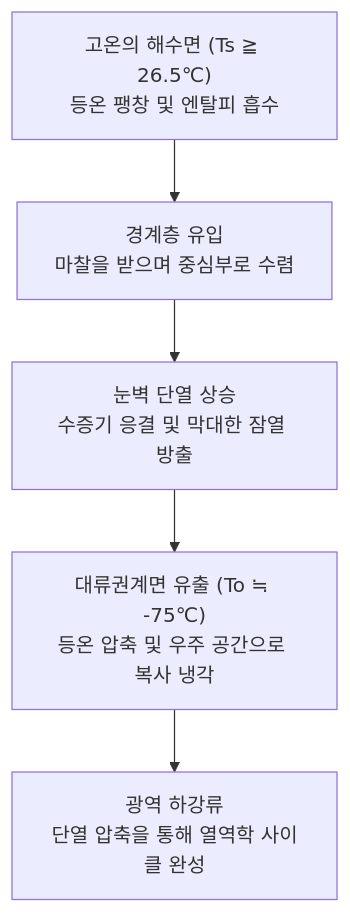
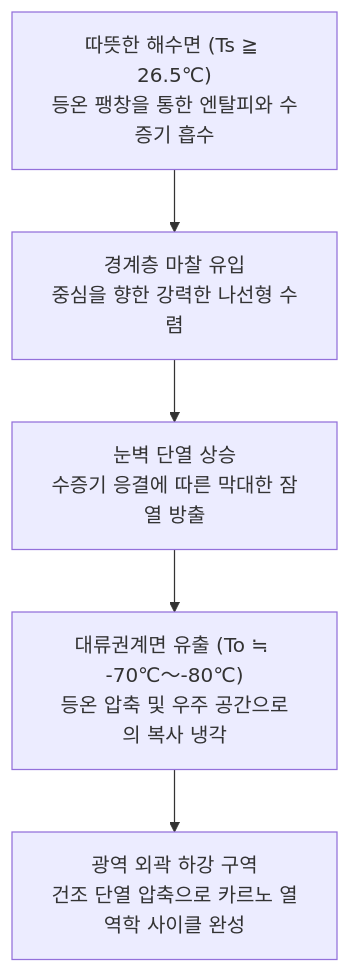
The first of 11 diagrams in content/post/typhoon-meteorology-mechanisms-historic-disasters-guide/index.ko.md (kenjinote/blog), drawn with Mermaid before and after one commit. The commit also changed other lines of this file and 11 other files, not shown here.

````diff
--- a/content/post/typhoon-meteorology-mechanisms-historic-disasters-guide/index.ko.md
+++ b/content/post/typhoon-meteorology-mechanisms-historic-disasters-guide/index.ko.md
@@ -52,7 +57,7 @@
 ```mermaid
 flowchart TD
-    OCEAN["고온의 해수면 (Ts ≧ 26.5℃)<br/>등온 팽창 및 엔탈피 흡수"] --> INFLOW["경계층 유입<br/>마찰을 받으며 중심부로 수렴"]
-    INFLOW --> EYEWALL["눈벽 단열 상승<br/>수증기 응결 및 막대한 잠열 방출"]
-    EYEWALL --> OUTFLOW["대류권계면 유출 (To ≒ -75℃)<br/>등온 압축 및 우주 공간으로 복사 냉각"]
-    OUTFLOW --> SINK["광역 하강류<br/>단열 압축을 통해 열역학 사이클 완성"]
+    OCEAN["따뜻한 해수면 (Ts ≧ 26.5℃)<br/>등온 팽창을 통한 엔탈피와 수증기 흡수"] --> INFLOW["경계층 마찰 유입<br/>중심을 향한 강력한 나선형 수렴"]
+    INFLOW --> EYEWALL["눈벽 단열 상승<br/>수증기 응결에 따른 막대한 잠열 방출"]
+    EYEWALL --> OUTFLOW["대류권계면 유출 (To ≒ -70℃〜-80℃)<br/>등온 압축 및 우주 공간으로의 복사 냉각"]
+    OUTFLOW --> SINK["광역 외곽 하강 구역<br/>건조 단열 압축으로 카르노 열역학 사이클 완성"]
 ```
````
